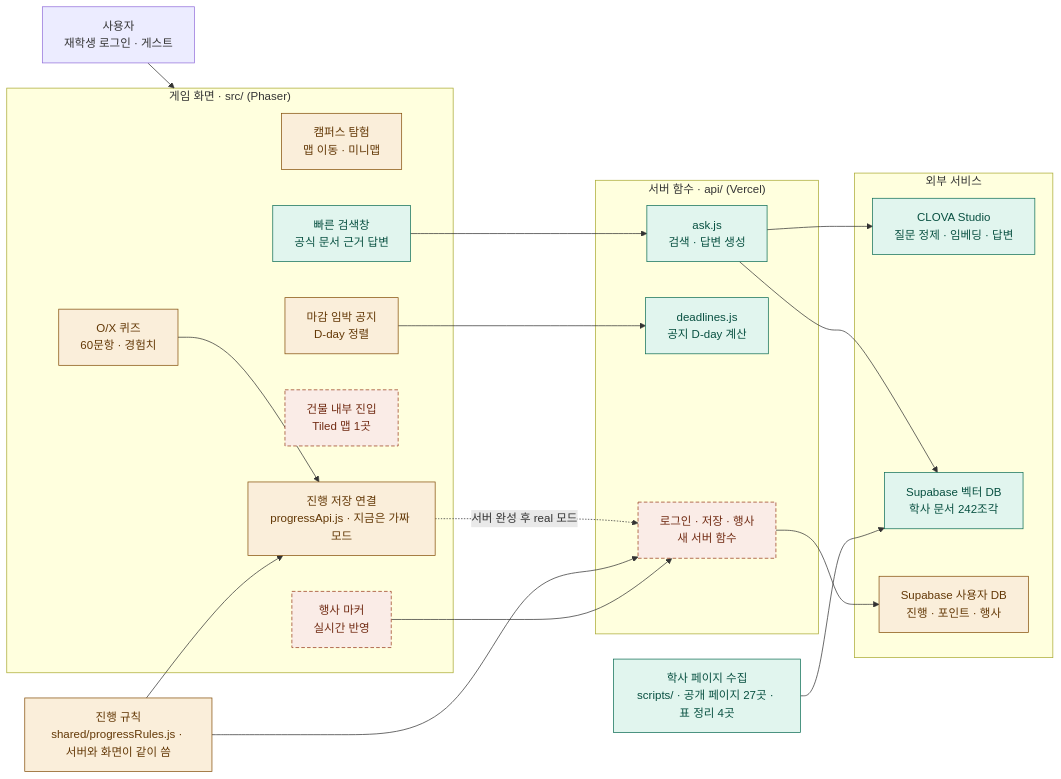
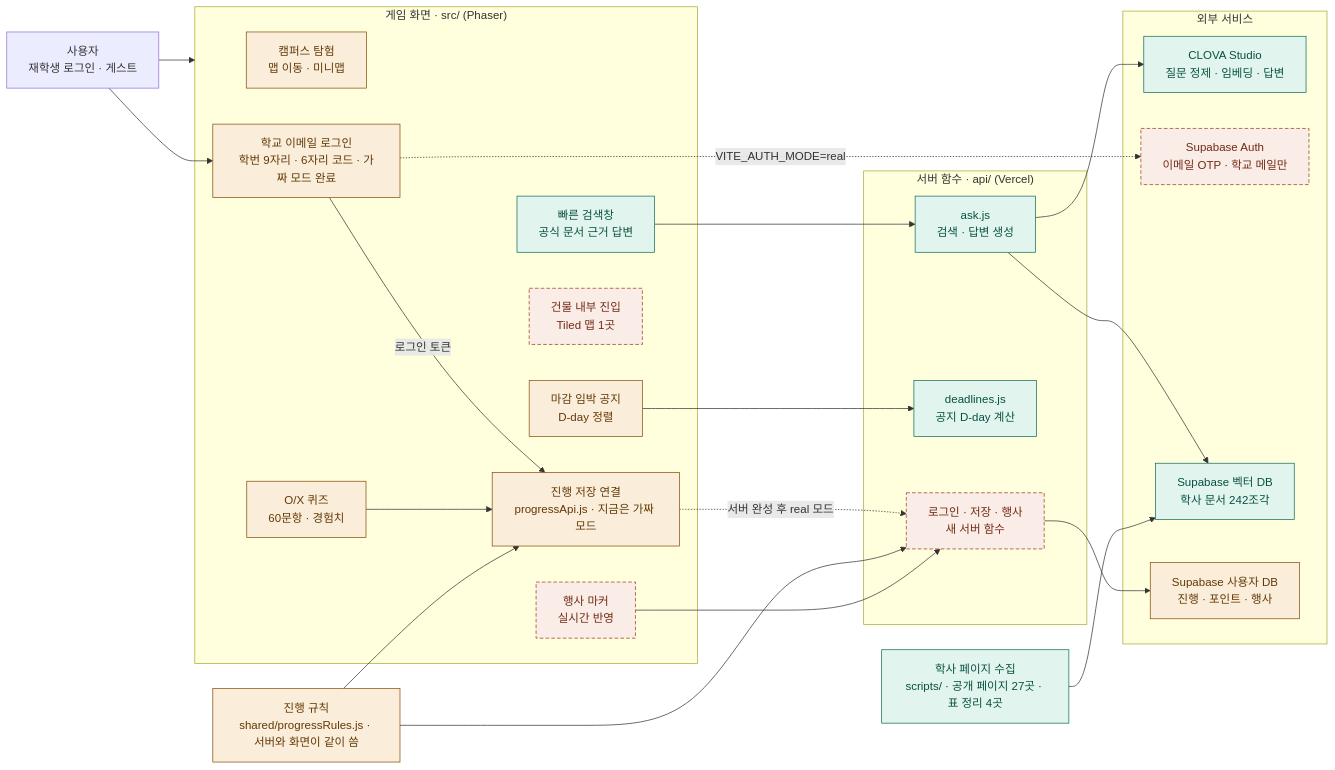
The diagram in docs/ARCHITECTURE.md (202502859-source/hufs-quest), drawn with Mermaid before and after one commit. The commit also changed other lines of this file and 2 other files, not shown here.

First line of the commit message:
docs: 학교 이메일 로그인 구조도·로드맵·PROGRESS_API 3장 반영

````diff
--- a/docs/ARCHITECTURE.md
+++ b/docs/ARCHITECTURE.md
@@ -8,51 +8,56 @@
 ```mermaid
 flowchart LR
     user["사용자<br/>재학생 로그인 · 게스트"]
 
     subgraph game["게임 화면 · src/ (Phaser)"]
         explore["캠퍼스 탐험<br/>맵 이동 · 미니맵"]
         search["빠른 검색창<br/>공식 문서 근거 답변"]
         quiz["O/X 퀴즈<br/>60문항 · 경험치"]
         notice["마감 임박 공지<br/>D-day 정렬"]
         interior["건물 내부 진입<br/>Tiled 맵 1곳"]
         eventMarker["행사 마커<br/>실시간 반영"]
         progress["진행 저장 연결<br/>progressApi.js · 지금은 가짜 모드"]
+        login["학교 이메일 로그인<br/>학번 9자리 · 6자리 코드 · 가짜 모드 완료"]
     end
 
     rules["진행 규칙<br/>shared/progressRules.js · 서버와 화면이 같이 씀"]
 
     subgraph server["서버 함수 · api/ (Vercel)"]
         ask["ask.js<br/>검색 · 답변 생성"]
         deadlines["deadlines.js<br/>공지 D-day 계산"]
         newApi["로그인 · 저장 · 행사<br/>새 서버 함수"]
     end
 
     subgraph external["외부 서비스"]
         clova["CLOVA Studio<br/>질문 정제 · 임베딩 · 답변"]
+        supaAuth["Supabase Auth<br/>이메일 OTP · 학교 메일만"]
         vector["Supabase 벡터 DB<br/>학사 문서 242조각"]
         userDb["Supabase 사용자 DB<br/>진행 · 포인트 · 행사"]
     end
 
     collect["학사 페이지 수집<br/>scripts/ · 공개 페이지 27곳 · 표 정리 4곳"]
 
     user --> game
+    user --> login
+    login -.->|"VITE_AUTH_MODE=real"| supaAuth
+    login -->|"로그인 토큰"| progress
     search --> ask
     notice --> deadlines
     quiz --> progress
     progress -.->|"서버 완성 후 real 모드"| newApi
     rules --> progress
     rules --> newApi
     eventMarker --> newApi
     ask --> clova
     ask --> vector
     newApi --> userDb
     collect --> vector
 
     classDef done fill:#E1F5EE,stroke:#0F6E56,color:#085041
     classDef partial fill:#FAEEDA,stroke:#854F0B,color:#633806
     classDef todo fill:#FAECE7,stroke:#993C1D,color:#712B13,stroke-dasharray:5 3
 
     class search,ask,deadlines,clova,vector,collect done
-    class explore,quiz,notice,progress,rules,userDb partial
-    class interior,eventMarker,newApi todo
+    class explore,quiz,notice,progress,rules,userDb,login partial
+    class interior,eventMarker,newApi,supaAuth todo
 ```
````
